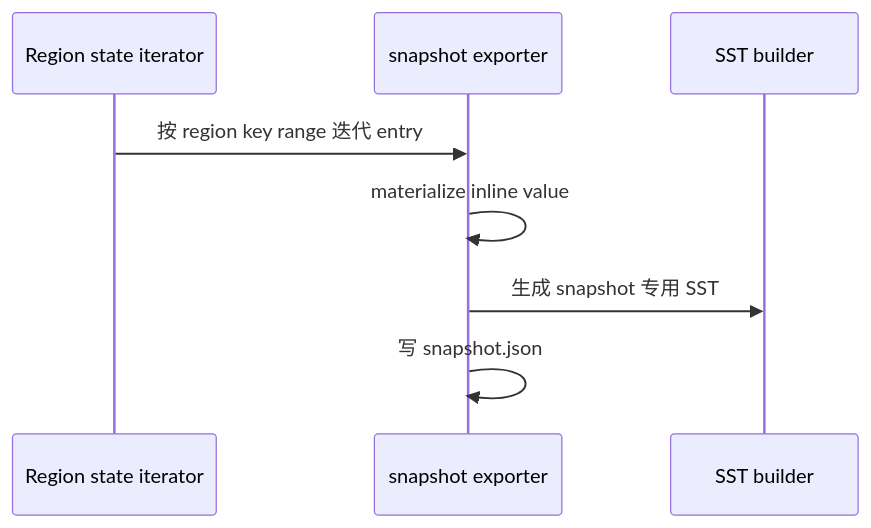
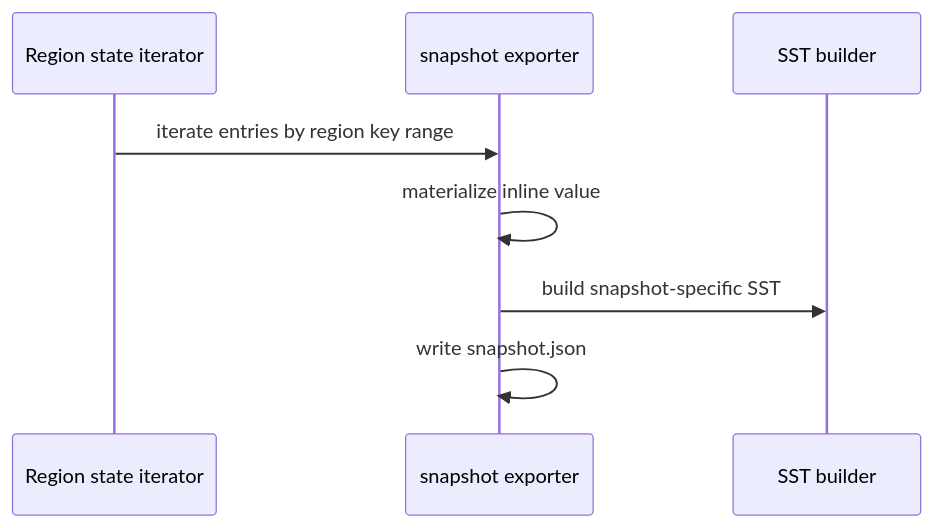
One commit to feichai0017/NoKV changed the second of 3 diagrams in docs/notes/2026-03-31-sst-snapshot-install.md. Above: the diagram before and after it, drawn with Mermaid. The commit also changed other lines of this file and 23 other files, not shown here.

````diff
--- a/docs/notes/2026-03-31-sst-snapshot-install.md
+++ b/docs/notes/2026-03-31-sst-snapshot-install.md
@@ -161,11 +161,11 @@
 ```mermaid
 sequenceDiagram
     participant SRC as Region state iterator
     participant SNAP as snapshot exporter
     participant LSM as SST builder
 
-    SRC->>SNAP: 按 region key range 迭代 entry
+    SRC->>SNAP: iterate entries by region key range
     SNAP->>SNAP: materialize inline value
-    SNAP->>LSM: 生成 snapshot 专用 SST
-    SNAP->>SNAP: 写 snapshot.json
+    SNAP->>LSM: build snapshot-specific SST
+    SNAP->>SNAP: write snapshot.json
 ```
````
